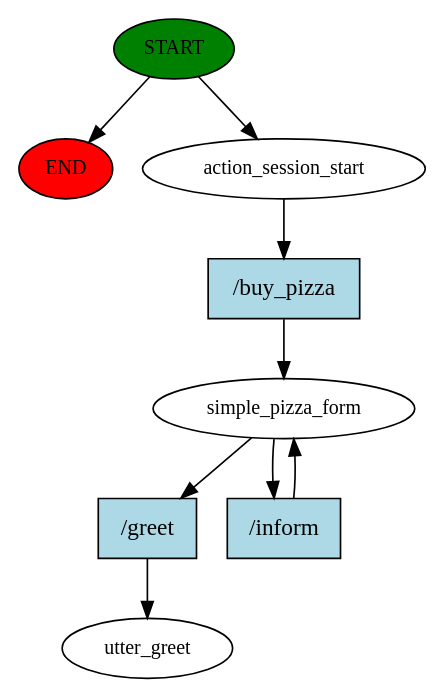
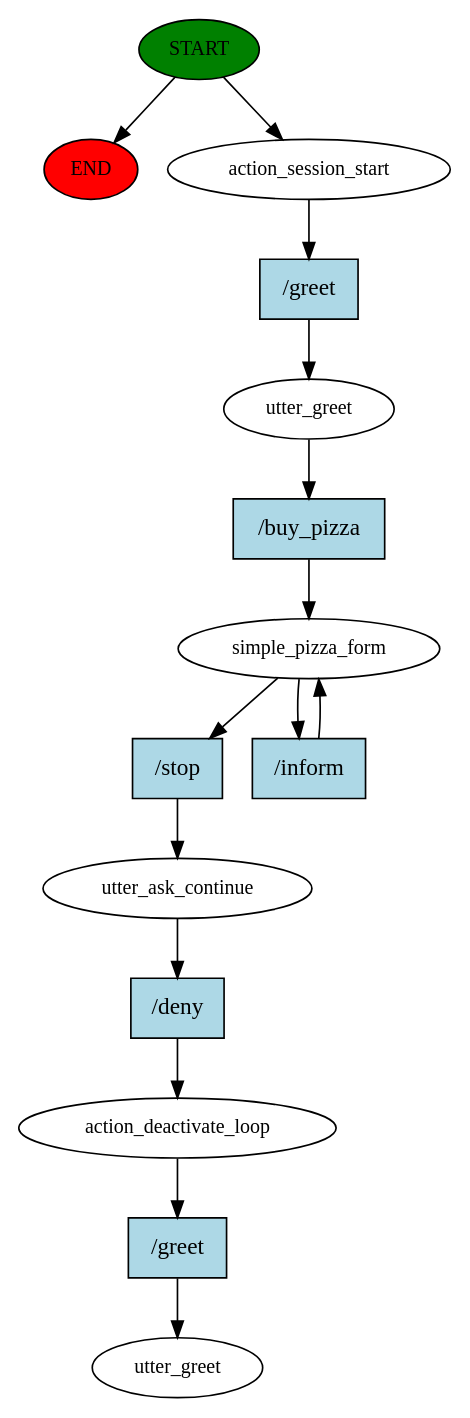
Before and after one commit to michaeleggers/RasaIntro: the diagram in pizza-order-bot/story_graph.dot, drawn with Graphviz. The commit also changed 11 other files, not shown here.

```diff
--- a/pizza-order-bot/story_graph.dot
+++ b/pizza-order-bot/story_graph.dot
@@ -1,18 +1,30 @@
 digraph  {
 0 [class="start active", fillcolor=green, fontsize=12, label=START, style=filled];
 "-1" [class=end, fillcolor=red, fontsize=12, label=END, style=filled];
 1 [class=active, fontsize=12, label=action_session_start];
-2 [class=active, fontsize=12, label=simple_pizza_form];
-4 [class="dashed active", fontsize=12, label=utter_greet];
-5 [class="intent active", fillcolor=lightblue, label="/buy_pizza", shape=rect, style=filled];
-6 [class="intent active", fillcolor=lightblue, label="/greet", shape=rect, style=filled];
-7 [class="intent active", fillcolor=lightblue, label="/inform", shape=rect, style=filled];
+2 [class=active, fontsize=12, label=utter_greet];
+3 [class=active, fontsize=12, label=simple_pizza_form];
+5 [class=active, fontsize=12, label=utter_ask_continue];
+6 [class=active, fontsize=12, label=action_deactivate_loop];
+7 [class="dashed active", fontsize=12, label=utter_greet];
+8 [class="intent active", fillcolor=lightblue, label="/greet", shape=rect, style=filled];
+9 [class="intent active", fillcolor=lightblue, label="/buy_pizza", shape=rect, style=filled];
+10 [class="intent active", fillcolor=lightblue, label="/stop", shape=rect, style=filled];
+11 [class="intent active", fillcolor=lightblue, label="/inform", shape=rect, style=filled];
+12 [class="intent active", fillcolor=lightblue, label="/deny", shape=rect, style=filled];
+13 [class="intent active", fillcolor=lightblue, label="/greet", shape=rect, style=filled];
 0 -> "-1"  [class="", key=NONE, label=""];
 0 -> 1  [class=active, key=NONE, label=""];
-1 -> 5  [class=active, key=0];
-2 -> 6  [class=active, key=0];
-2 -> 7  [class=active, key=0];
-5 -> 2  [class=active, key=0];
-6 -> 4  [class=active, key=0];
-7 -> 2  [class=active, key=0];
+1 -> 8  [class=active, key=0];
+2 -> 9  [class=active, key=0];
+3 -> 10  [class=active, key=0];
+3 -> 11  [class=active, key=0];
+5 -> 12  [class=active, key=0];
+6 -> 13  [class=active, key=0];
+8 -> 2  [class=active, key=0];
+9 -> 3  [class=active, key=0];
+10 -> 5  [class=active, key=0];
+11 -> 3  [class=active, key=0];
+12 -> 6  [class=active, key=0];
+13 -> 7  [class=active, key=0];
 }
```
